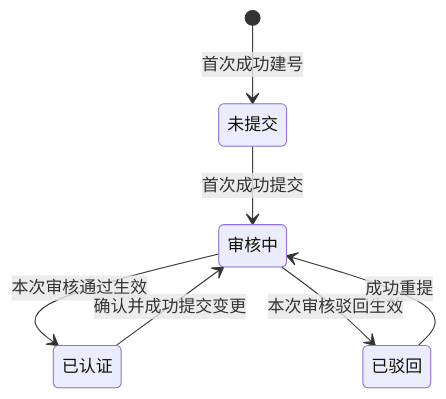
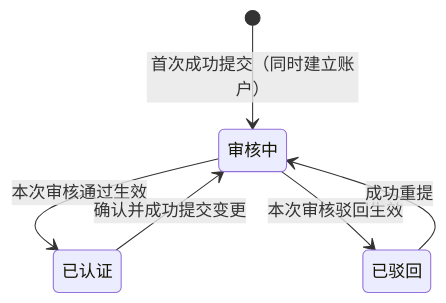
One commit to wxblockchain/Chain-Financing changed the eighth of 9 diagrams in lending-platform/PRD/面客端/02-资金方登录与账户体系/02-资金方登录与账户体系-流程图与状态机.md. Above: the diagram before and after it, drawn with Mermaid. The commit also changed other lines of this file and 11 other files, not shown here.

````diff
--- a/lending-platform/PRD/面客端/02-资金方登录与账户体系/02-资金方登录与账户体系-流程图与状态机.md
+++ b/lending-platform/PRD/面客端/02-资金方登录与账户体系/02-资金方登录与账户体系-流程图与状态机.md
@@ -195,13 +195,11 @@
 ```mermaid
 stateDiagram-v2
-    [*] --> draft: 首次成功建号
-    draft --> submitted: 首次成功提交
+    [*] --> submitted: 首次成功提交（同时建立账户）
     submitted --> verified: 本次审核通过生效
     submitted --> rejected: 本次审核驳回生效
     rejected --> submitted: 成功重提
     verified --> submitted: 确认并成功提交变更
-    draft: 未提交
     submitted: 审核中
     rejected: 已驳回
     verified: 已认证
 ```
````
